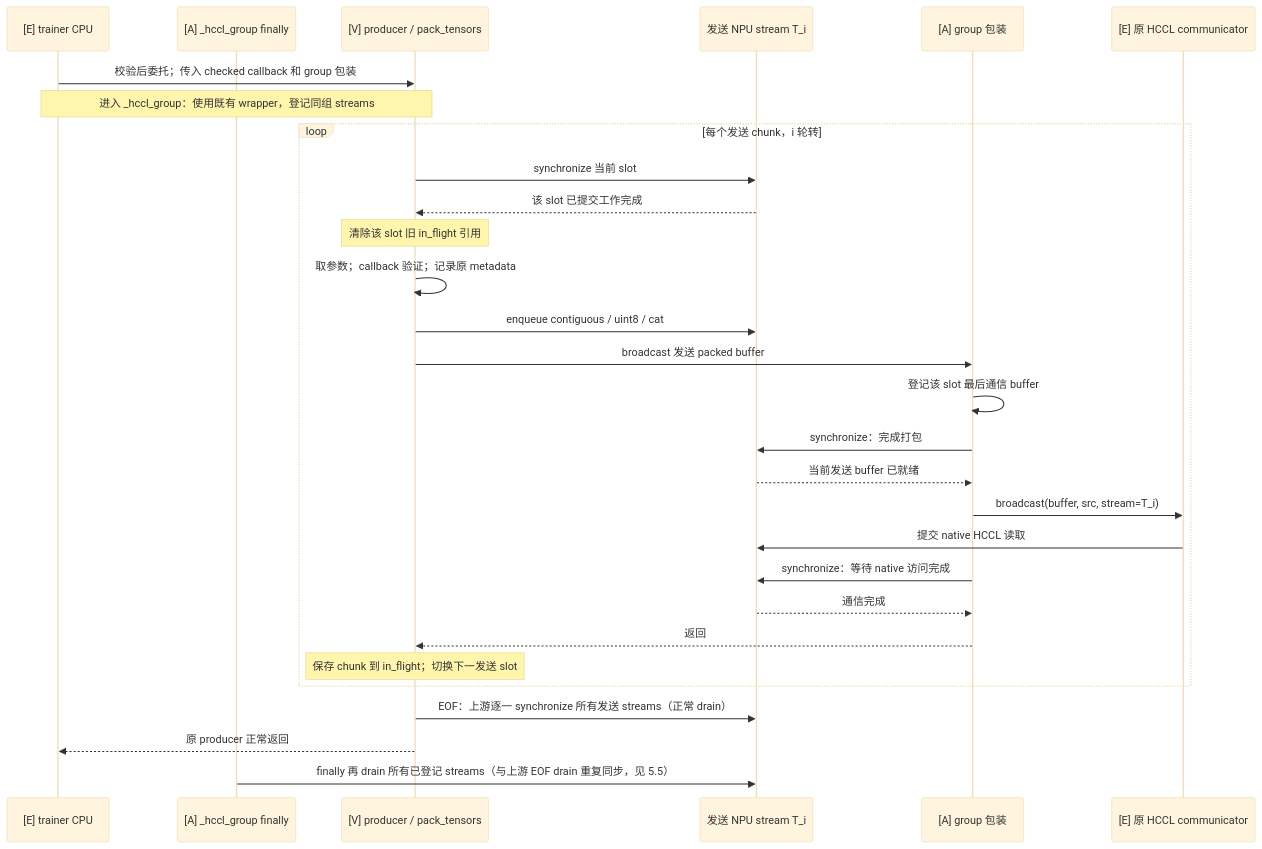
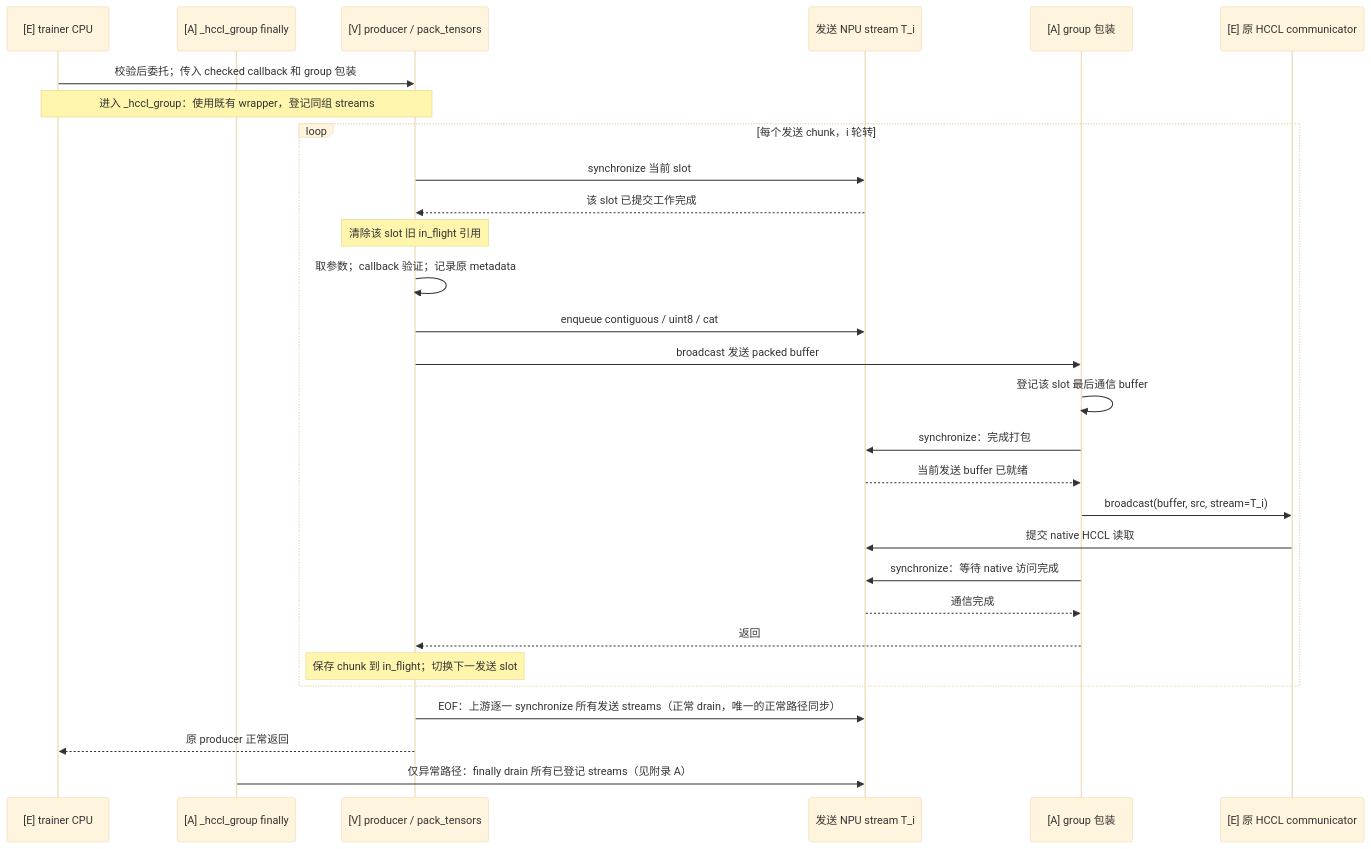
The fourth of 9 diagrams in vllm/weight-transfer/packed-tensor-design.md (Liccol/ref-doc), drawn with Mermaid (base theme) before and after one commit. The commit also changed other lines of this file and 3 other files, not shown here.

````diff
--- a/vllm/weight-transfer/packed-tensor-design.md
+++ b/vllm/weight-transfer/packed-tensor-design.md
@@ -180,31 +177,31 @@
 ```mermaid
 sequenceDiagram
     participant TC as [E] trainer CPU
     participant FIN as [A] _hccl_group finally
     participant VP as [V] producer / pack_tensors
     participant TS as 发送 NPU stream T_i
     participant AG as [A] group 包装
     participant HC as [E] 原 HCCL communicator
     TC->>VP: 校验后委托；传入 checked callback 和 group 包装
     Note over TC,VP: 进入 _hccl_group：使用既有 wrapper，登记同组 streams
     loop 每个发送 chunk，i 轮转
         VP->>TS: synchronize 当前 slot
         TS-->>VP: 该 slot 已提交工作完成
         Note over VP: 清除该 slot 旧 in_flight 引用
         VP->>VP: 取参数；callback 验证；记录原 metadata
         VP->>TS: enqueue contiguous / uint8 / cat
         VP->>AG: broadcast 发送 packed buffer
         AG->>AG: 登记该 slot 最后通信 buffer
         AG->>TS: synchronize：完成打包
         TS-->>AG: 当前发送 buffer 已就绪
         AG->>HC: broadcast(buffer, src, stream=T_i)
         HC->>TS: 提交 native HCCL 读取
         AG->>TS: synchronize：等待 native 访问完成
         TS-->>AG: 通信完成
         AG-->>VP: 返回
         Note over VP: 保存 chunk 到 in_flight；切换下一发送 slot
     end
-    VP->>TS: EOF：上游逐一 synchronize 所有发送 streams（正常 drain）
+    VP->>TS: EOF：上游逐一 synchronize 所有发送 streams（正常 drain，唯一的正常路径同步）
     VP-->>TC: 原 producer 正常返回
-    FIN->>TS: finally 再 drain 所有已登记 streams（与上游 EOF drain 重复同步，见 5.5）
+    FIN->>TS: 仅异常路径：finally drain 所有已登记 streams（见附录 A）
 ```
````
